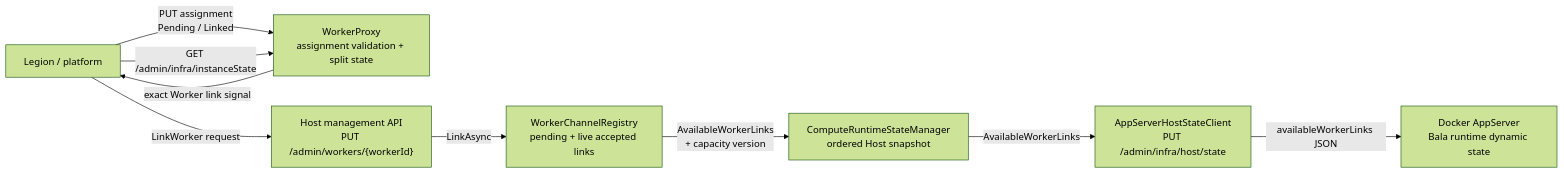
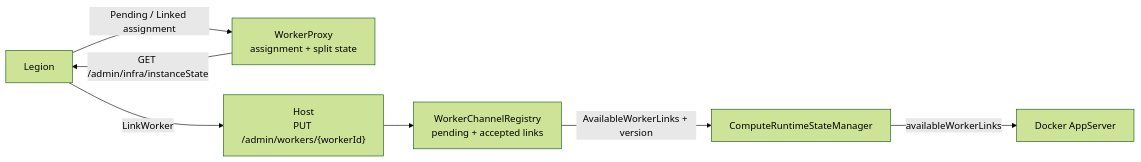
The second of 3 diagrams in tools/ComputeSeparation/BYOCSplitWorkerSignals.md (Azure/azure-functions-host), drawn with Mermaid (forest theme) before and after one commit. The commit also changed other lines of this file and 17 other files, not shown here.

First line of the commit message:
Simplify BYOC split signal contract

````diff
--- a/tools/ComputeSeparation/BYOCSplitWorkerSignals.md
+++ b/tools/ComputeSeparation/BYOCSplitWorkerSignals.md
@@ -46,19 +39,16 @@
 ```mermaid
 flowchart LR
-    Legion["Legion / platform"]
-    WorkerProxy["WorkerProxy<br/>assignment validation + split state"]
-    HostApi["Host management API<br/>PUT /admin/workers/{workerId}"]
-    Registry["WorkerChannelRegistry<br/>pending + live accepted links"]
-    Snapshot["ComputeRuntimeStateManager<br/>ordered Host snapshot"]
-    Client["AppServerHostStateClient<br/>PUT /admin/infra/host/state"]
-    Docker["Docker AppServer<br/>Bala runtime dynamic state"]
+    Legion["Legion"]
+    Proxy["WorkerProxy<br/>assignment + split state"]
+    Host["Host<br/>PUT /admin/workers/{workerId}"]
+    Registry["WorkerChannelRegistry<br/>pending + accepted links"]
+    Snapshot["ComputeRuntimeStateManager"]
+    AppServer["Docker AppServer"]
 
-    Legion -->|"PUT assignment<br/>Pending / Linked"| WorkerProxy
-    Legion -->|"GET /admin/infra/instanceState"| WorkerProxy
-    WorkerProxy -->|"exact Worker link signal"| Legion
-    Legion -->|"LinkWorker request"| HostApi
-    HostApi -->|"LinkAsync"| Registry
-    Registry -->|"AvailableWorkerLinks<br/>+ capacity version"| Snapshot
-    Snapshot -->|"AvailableWorkerLinks"| Client
-    Client -->|"availableWorkerLinks JSON"| Docker
+    Legion -->|"Pending / Linked assignment"| Proxy
+    Proxy -->|"GET /admin/infra/instanceState"| Legion
+    Legion -->|"LinkWorker"| Host
+    Host --> Registry
+    Registry -->|"AvailableWorkerLinks + version"| Snapshot
+    Snapshot -->|"availableWorkerLinks"| AppServer
 ```
````
